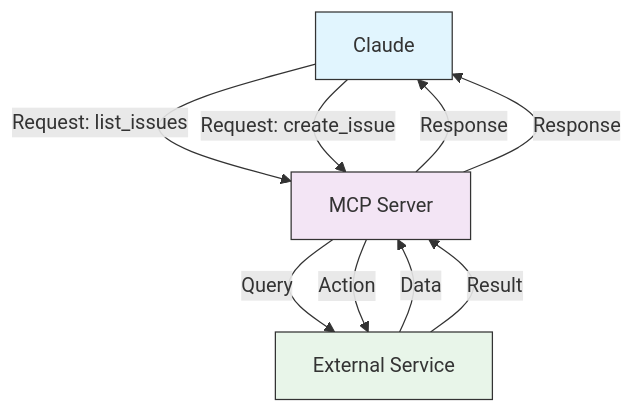
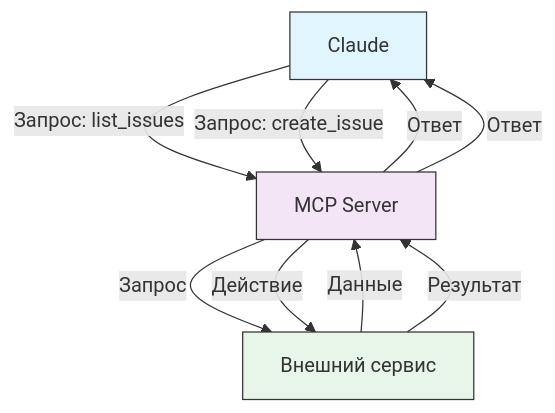
The first of 7 diagrams in 05-mcp/README.md (srpvpn/claude-howto-ru), drawn with Mermaid before and after one commit. The commit also changed other lines of this file and 8 other files, not shown here.

````diff
--- a/05-mcp/README.md
+++ b/05-mcp/README.md
@@ -24,20 +24,20 @@
 ```mermaid
 graph TB
     A["Claude"]
     B["MCP Server"]
-    C["External Service"]
+    C["Внешний сервис"]
 
-    A -->|Request: list_issues| B
-    B -->|Query| C
-    C -->|Data| B
-    B -->|Response| A
+    A -->|Запрос: list_issues| B
+    B -->|Запрос| C
+    C -->|Данные| B
+    B -->|Ответ| A
 
-    A -->|Request: create_issue| B
-    B -->|Action| C
-    C -->|Result| B
-    B -->|Response| A
+    A -->|Запрос: create_issue| B
+    B -->|Действие| C
+    C -->|Результат| B
+    B -->|Ответ| A
 
     style A fill:#e1f5fe,stroke:#333,color:#333
     style B fill:#f3e5f5,stroke:#333,color:#333
     style C fill:#e8f5e9,stroke:#333,color:#333
 ```
````
